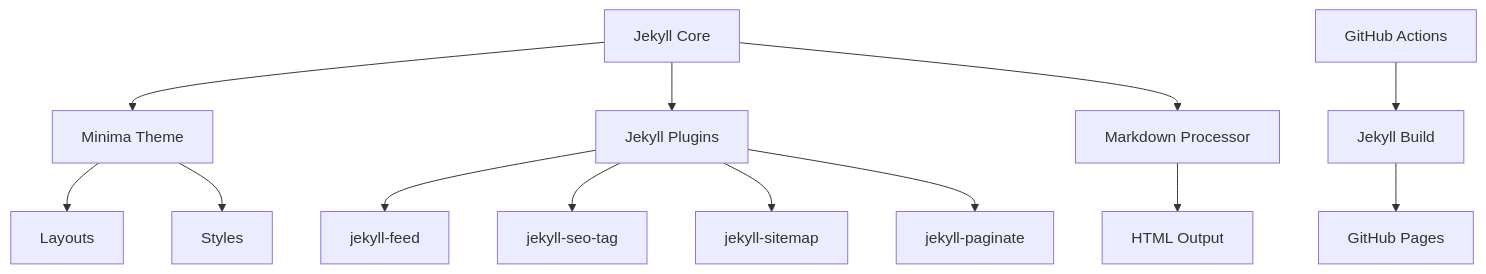
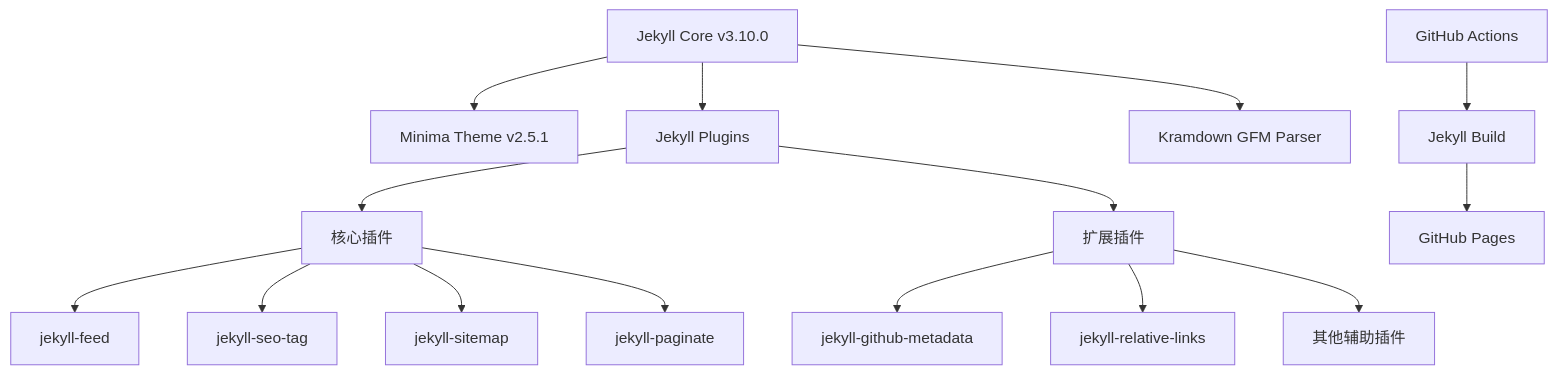
Before and after one commit to geyu210/blog: the diagram in PROJECT_ARCHITECTURE.md, drawn with Mermaid. The commit also changed other lines of this file, not shown here.

Commit message:
simplify configuration for GitHub Pages

````diff
--- a/PROJECT_ARCHITECTURE.md
+++ b/PROJECT_ARCHITECTURE.md
@@ -54,15 +72,17 @@
 ```mermaid
 graph TD
-    A[Jekyll Core] --> B[Minima Theme]
+    A[Jekyll Core v3.10.0] --> B[Minima Theme v2.5.1]
     A --> C[Jekyll Plugins]
-    C --> D[jekyll-feed]
-    C --> E[jekyll-seo-tag]
-    C --> F[jekyll-sitemap]
-    C --> G[jekyll-paginate]
-    B --> H[Layouts]
-    B --> I[Styles]
-    A --> J[Markdown Processor]
-    J --> K[HTML Output]
-    L[GitHub Actions] --> M[Jekyll Build]
-    M --> N[GitHub Pages]
+    A --> D[Kramdown GFM Parser]
+    C --> E[核心插件]
+    C --> F[扩展插件]
+    E --> E1[jekyll-feed]
+    E --> E2[jekyll-seo-tag]
+    E --> E3[jekyll-sitemap]
+    E --> E4[jekyll-paginate]
+    F --> F1[jekyll-github-metadata]
+    F --> F2[jekyll-relative-links]
+    F --> F3[其他辅助插件]
+    G[GitHub Actions] --> H[Jekyll Build]
+    H --> I[GitHub Pages]
 ```
````
